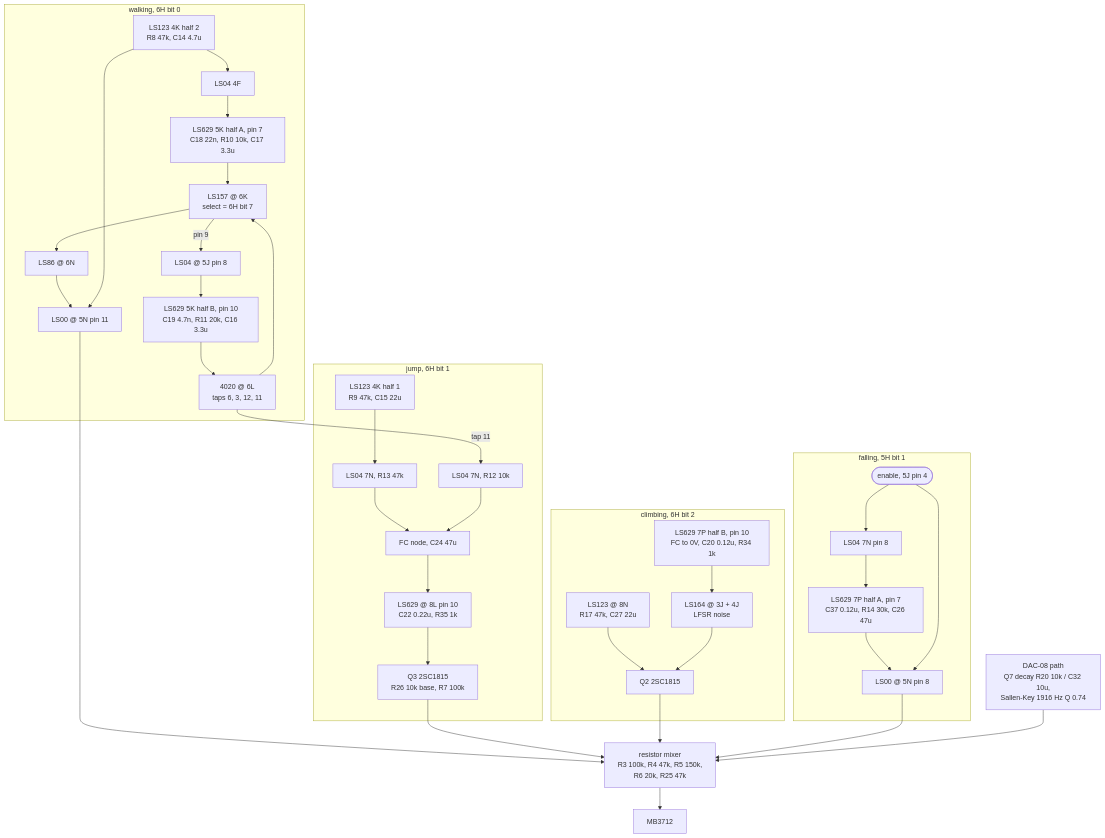
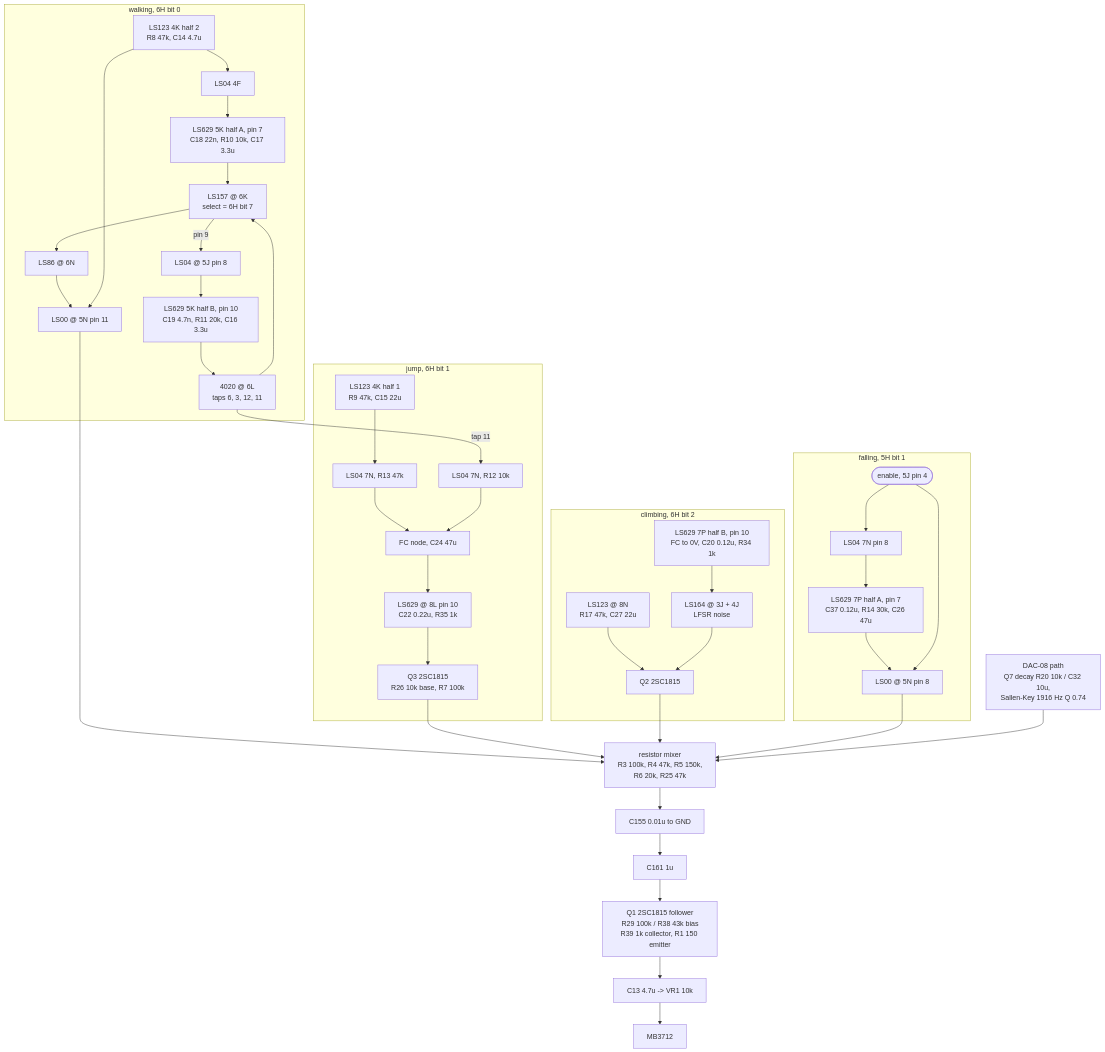
One commit to patsoffice/phosphor-emulator changed the diagram in docs/schematics/dkongjr-sound-sources.md. Above: the diagram before and after it, drawn with Mermaid. The commit also changed other lines of this file, not shown here.

````diff
--- a/docs/schematics/dkongjr-sound-sources.md
+++ b/docs/schematics/dkongjr-sound-sources.md
@@ -85,38 +86,42 @@
 ```mermaid
 flowchart TB
   subgraph walk["walking, 6H bit 0"]
     K1["LS123 4K half 2<br/>R8 47k, C14 4.7u"] --> F4["LS04 4F"]
     F4 --> V5A["LS629 5K half A, pin 7<br/>C18 22n, R10 10k, C17 3.3u"]
     V5B["LS629 5K half B, pin 10<br/>C19 4.7n, R11 20k, C16 3.3u"] --> CTR["4020 @ 6L<br/>taps 6, 3, 12, 11"]
     CTR --> MUX["LS157 @ 6K<br/>select = 6H bit 7"]
     V5A --> MUX
     MUX --> XOR["LS86 @ 6N"] --> NAND0["LS00 @ 5N pin 11"]
     MUX -- "pin 9" --> INV5J["LS04 @ 5J pin 8"] --> V5B
     K1 --> NAND0
   end
   subgraph jump["jump, 6H bit 1"]
     K2["LS123 4K half 1<br/>R9 47k, C15 22u"] --> N7A["LS04 7N, R13 47k"]
     CTR -- "tap 11" --> N7B["LS04 7N, R12 10k"]
     N7A --> FC8["FC node, C24 47u"]
     N7B --> FC8
     FC8 --> V8L["LS629 @ 8L pin 10<br/>C22 0.22u, R35 1k"]
     V8L --> Q3["Q3 2SC1815<br/>R26 10k base, R7 100k"]
   end
   subgraph climb["climbing, 6H bit 2"]
     V7B["LS629 7P half B, pin 10<br/>FC to 0V, C20 0.12u, R34 1k"] --> LFSR["LS164 @ 3J + 4J<br/>LFSR noise"]
     K3["LS123 @ 8N<br/>R17 47k, C27 22u"] --> Q2["Q2 2SC1815"]
     LFSR --> Q2
   end
   subgraph fall["falling, 5H bit 1"]
     EN(["enable, 5J pin 4"]) --> N7C["LS04 7N pin 8"]
     N7C --> V7A["LS629 7P half A, pin 7<br/>C37 0.12u, R14 30k, C26 47u"]
     V7A --> NAND9["LS00 @ 5N pin 8"]
     EN --> NAND9
   end
   NAND0 --> MIX["resistor mixer<br/>R3 100k, R4 47k, R5 150k,<br/>R6 20k, R25 47k"]
   Q3 --> MIX
   Q2 --> MIX
   NAND9 --> MIX
   DAC["DAC-08 path<br/>Q7 decay R20 10k / C32 10u,<br/>Sallen-Key 1916 Hz Q 0.74"] --> MIX
-  MIX --> AMP["MB3712"]
+  MIX --> SHUNT["C155 0.01u to GND"]
+  SHUNT --> CPL["C161 1u"]
+  CPL --> Q1["Q1 2SC1815 follower<br/>R29 100k / R38 43k bias<br/>R39 1k collector, R1 150 emitter"]
+  Q1 --> OUT["C13 4.7u -> VR1 10k"]
+  OUT --> AMP["MB3712"]
 ```
````
